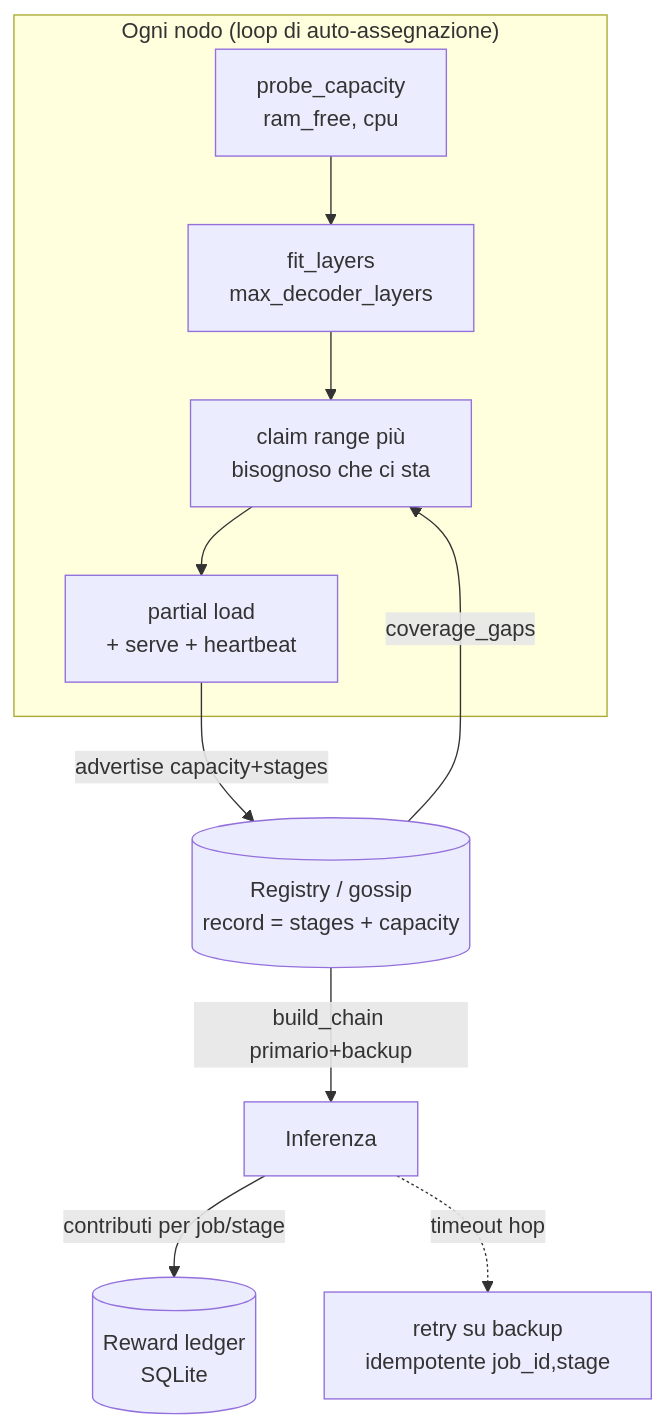
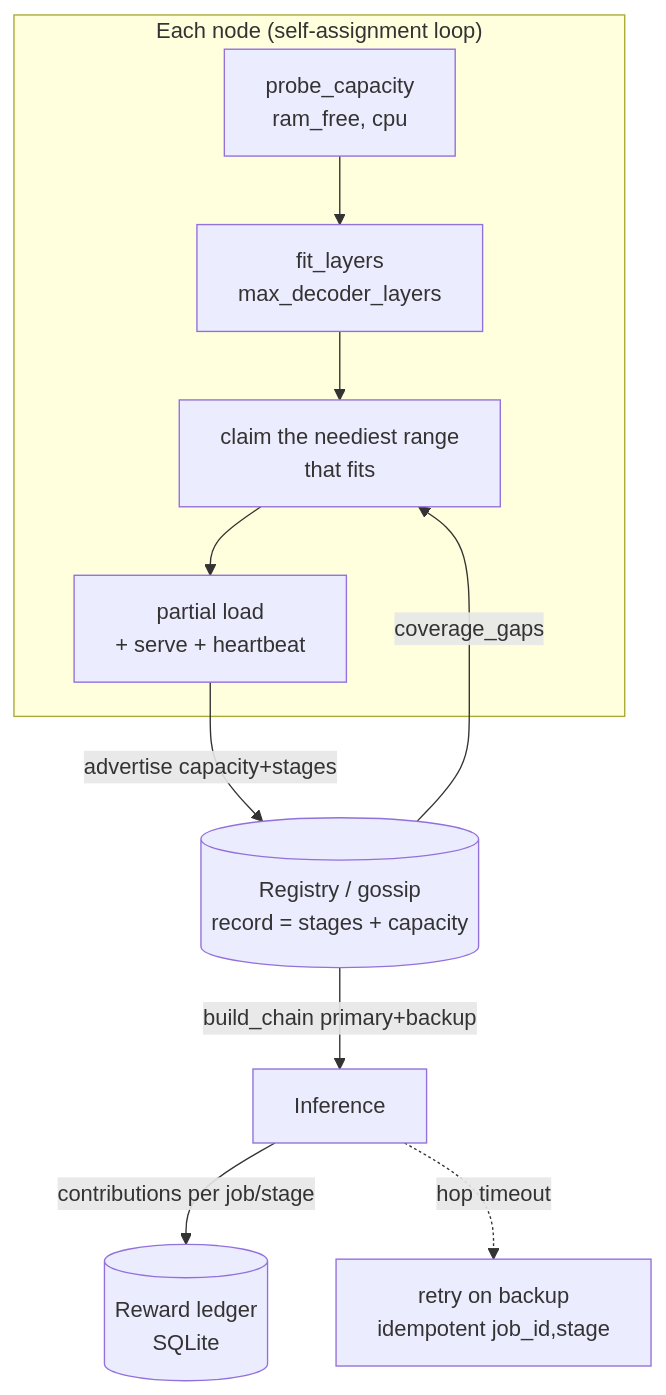
Before and after one commit to babelfornet/eujeno: the diagram in docs/decisions/ADR-0003-allocazione-capacity-aware.md, drawn with Mermaid. The commit also changed other lines of this file and 34 other files, not shown here.

````diff
--- a/docs/decisions/ADR-0003-allocazione-capacity-aware.md
+++ b/docs/decisions/ADR-0003-allocazione-capacity-aware.md
@@ -29,13 +29,13 @@
 ```mermaid
 flowchart TD
-    subgraph Nodo["Ogni nodo (loop di auto-assegnazione)"]
+    subgraph Nodo["Each node (self-assignment loop)"]
         P[probe_capacity<br/>ram_free, cpu] --> F[fit_layers<br/>max_decoder_layers]
-        F --> C[claim range più<br/>bisognoso che ci sta]
+        F --> C[claim the neediest range<br/>that fits]
         C --> L[partial load<br/>+ serve + heartbeat]
     end
     R[(Registry / gossip<br/>record = stages + capacity)] -->|coverage_gaps| C
     L -->|advertise capacity+stages| R
-    R -->|build_chain primario+backup| I[Inferenza]
-    I -->|contributi per job/stage| LED[(Reward ledger<br/>SQLite)]
-    I -.timeout hop.-> BK[retry su backup<br/>idempotente job_id,stage]
+    R -->|build_chain primary+backup| I[Inference]
+    I -->|contributions per job/stage| LED[(Reward ledger<br/>SQLite)]
+    I -.hop timeout.-> BK[retry on backup<br/>idempotent job_id,stage]
 ```
````
